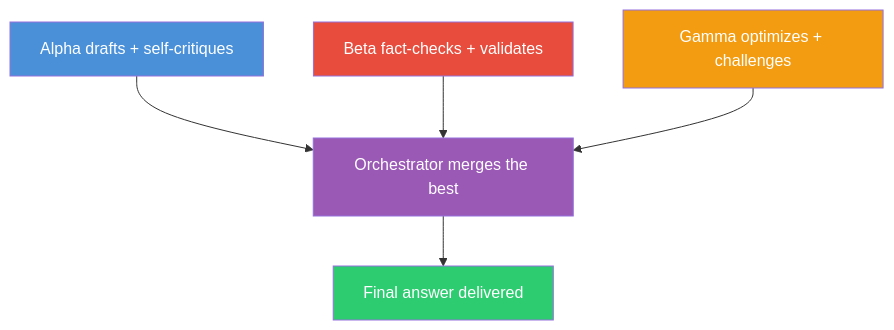
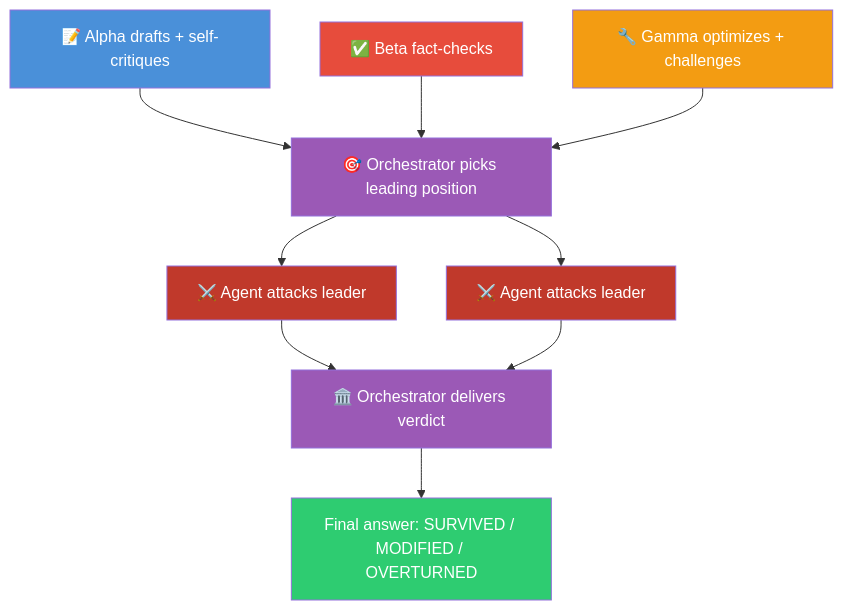
Before and after one commit to Sentry01/LLMCouncil: the second of 2 diagrams in README.md, drawn with Mermaid. The commit also changed other lines of this file and 2 other files, not shown here.

````diff
--- a/README.md
+++ b/README.md
@@ -36,11 +68,17 @@
 ```mermaid
 flowchart TD
-    A["Alpha drafts + self-critiques"] & B["Beta fact-checks + validates"] & C["Gamma optimizes + challenges"] --> D["Orchestrator merges the best"]
-    D --> E["Final answer delivered"]
+    A1["📝 Alpha drafts + self-critiques"] & B1["✅ Beta fact-checks"] & C1["🔧 Gamma optimizes + challenges"]
+    A1 & B1 & C1 --> T["🎯 Orchestrator picks leading position"]
+    T --> ATK1["⚔️ Agent attacks leader"] & ATK2["⚔️ Agent attacks leader"]
+    ATK1 & ATK2 --> V["🏛️ Orchestrator delivers verdict"]
+    V --> E["Final answer: SURVIVED / MODIFIED / OVERTURNED"]
 
-    style A fill:#4a90d9,color:#fff
-    style B fill:#e74c3c,color:#fff
-    style C fill:#f39c12,color:#fff
-    style D fill:#9b59b6,color:#fff
+    style A1 fill:#4a90d9,color:#fff
+    style B1 fill:#e74c3c,color:#fff
+    style C1 fill:#f39c12,color:#fff
+    style T fill:#9b59b6,color:#fff
+    style ATK1 fill:#c0392b,color:#fff
+    style ATK2 fill:#c0392b,color:#fff
+    style V fill:#9b59b6,color:#fff
     style E fill:#2ecc71,color:#fff
 ```
````
